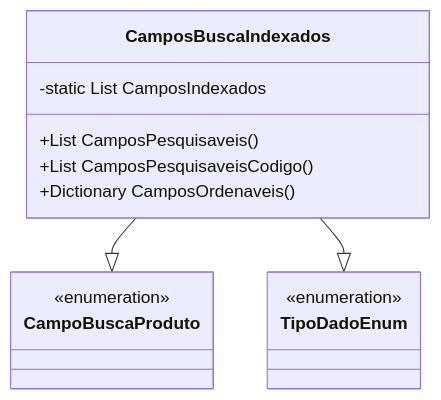
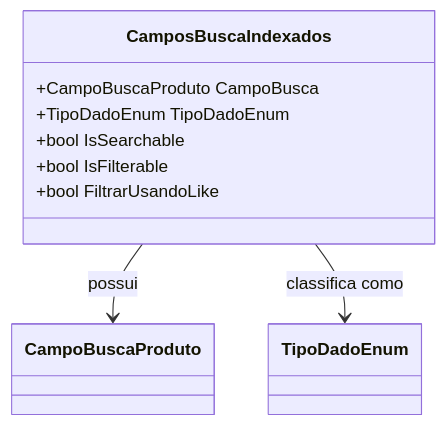
The diagram in docs/b2b-dominio/IsthmusWinthor.Nucleo/IsthmusWinthor.Dominio/POCO/PesquisaProdutos/CamposBuscaIndexados.md (IsthmusSistemas/documentacao-tecnica), drawn with Mermaid before and after one commit. The commit also changed other lines of this file and 882 other files, not shown here.

````diff
--- a/docs/b2b-dominio/IsthmusWinthor.Nucleo/IsthmusWinthor.Dominio/POCO/PesquisaProdutos/CamposBuscaIndexados.md
+++ b/docs/b2b-dominio/IsthmusWinthor.Nucleo/IsthmusWinthor.Dominio/POCO/PesquisaProdutos/CamposBuscaIndexados.md
@@ -46,20 +54,13 @@
 ```mermaid
 classDiagram
     class CamposBuscaIndexados {
-        +List<CampoBuscaProduto> CamposPesquisaveis()
-        +List<CampoBuscaProduto> CamposPesquisaveisCodigo()
-        +Dictionary<CampoBuscaProduto, string> CamposOrdenaveis()
-        -static List<CamposBuscaIndexados> CamposIndexados
+        +CampoBuscaProduto CampoBusca
+        +TipoDadoEnum TipoDadoEnum
+        +bool IsSearchable
+        +bool IsFilterable
+        +bool FiltrarUsandoLike
     }
 
-    class CampoBuscaProduto {
-        <<enumeration>>
-    }
-
-    class TipoDadoEnum {
-        <<enumeration>>
-    }
-
-    CamposBuscaIndexados --|> CampoBuscaProduto
-    CamposBuscaIndexados --|> TipoDadoEnum
-```
+    CamposBuscaIndexados --> CampoBuscaProduto : possui
+    CamposBuscaIndexados --> TipoDadoEnum : classifica como
+``` 
````
